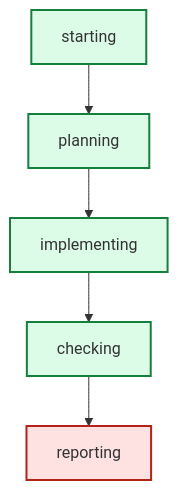
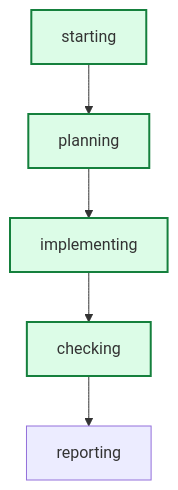
The diagram in latest/graph.mmd (daniell0gda/hermes-feature-check-dashboard), drawn with Mermaid before and after one commit. The commit also changed 23 other files, not shown here.

```diff
--- a/latest/graph.mmd
+++ b/latest/graph.mmd
@@ -1,14 +1,13 @@
 graph TD
     starting --> planning
     planning --> implementing
     implementing --> checking
     checking --> reporting
 
 classDef done fill:#dcfce7,stroke:#15803d,stroke-width:2px;
 classDef active fill:#dbeafe,stroke:#2563eb,stroke-width:3px;
 classDef failed fill:#fee2e2,stroke:#b42318,stroke-width:2px;
+class checking done;
 class planning done;
 class implementing done;
-class checking done;
 class starting done;
-class reporting failed;
```
